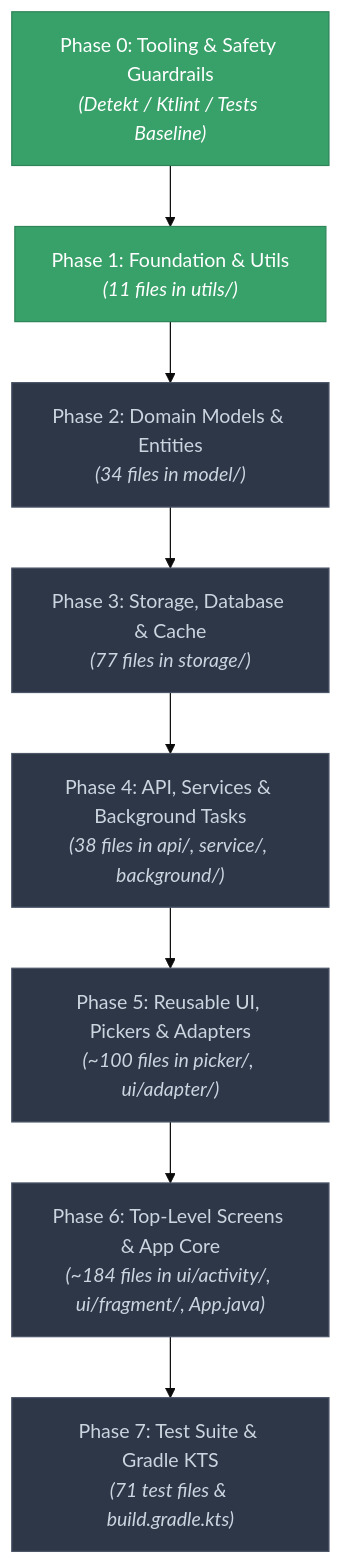
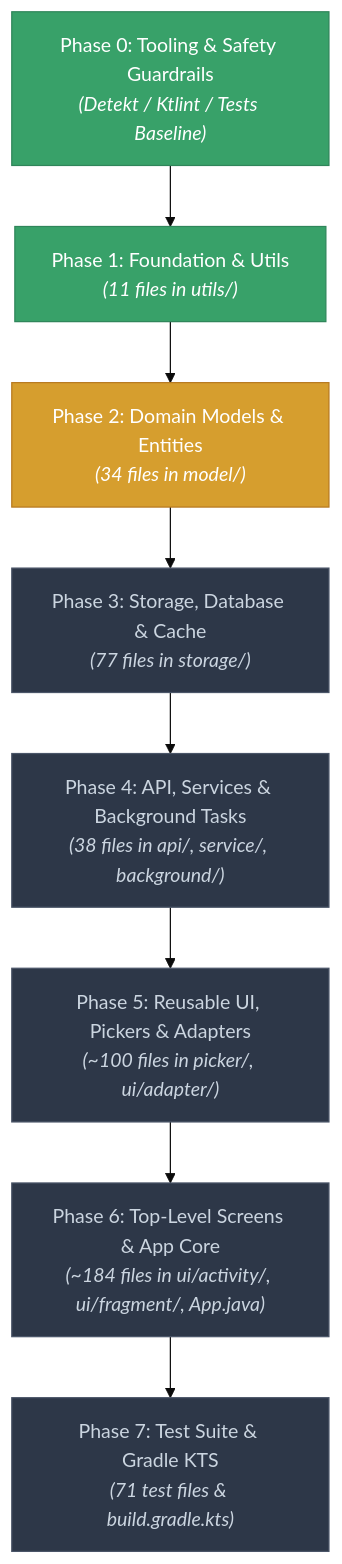
Before and after one commit to solomonrajan/cashledger: the first of 2 diagrams in KOTLIN_MIGRATION.mdx, drawn with Mermaid (base theme). The commit also changed other lines of this file and 2 other files, not shown here.

````diff
--- a/KOTLIN_MIGRATION.mdx
+++ b/KOTLIN_MIGRATION.mdx
@@ -50,23 +57,23 @@
 ```mermaid
 flowchart TD
     classDef pending fill:#2D3748,stroke:#4A5568,color:#CBD5E0
     classDef inprog fill:#D69E2E,stroke:#B7791F,color:#FFFFFF
     classDef complete fill:#38A169,stroke:#2F855A,color:#FFFFFF
 
     P0["Phase 0: Tooling & Safety Guardrails<br/><i>(Detekt / Ktlint / Tests Baseline)</i>"]:::complete
     P1["Phase 1: Foundation & Utils<br/><i>(11 files in utils/)</i>"]:::complete
-    P2["Phase 2: Domain Models & Entities<br/><i>(34 files in model/)</i>"]:::pending
+    P2["Phase 2: Domain Models & Entities<br/><i>(34 files in model/)</i>"]:::inprog
     P3["Phase 3: Storage, Database & Cache<br/><i>(77 files in storage/)</i>"]:::pending
     P4["Phase 4: API, Services & Background Tasks<br/><i>(38 files in api/, service/, background/)</i>"]:::pending
     P5["Phase 5: Reusable UI, Pickers & Adapters<br/><i>(~100 files in picker/, ui/adapter/)</i>"]:::pending
     P6["Phase 6: Top-Level Screens & App Core<br/><i>(~184 files in ui/activity/, ui/fragment/, App.java)</i>"]:::pending
     P7["Phase 7: Test Suite & Gradle KTS<br/><i>(71 test files & build.gradle.kts)</i>"]:::pending
 
     P0 --> P1
     P1 --> P2
     P2 --> P3
     P3 --> P4
     P4 --> P5
     P5 --> P6
     P6 --> P7
 ```
````
